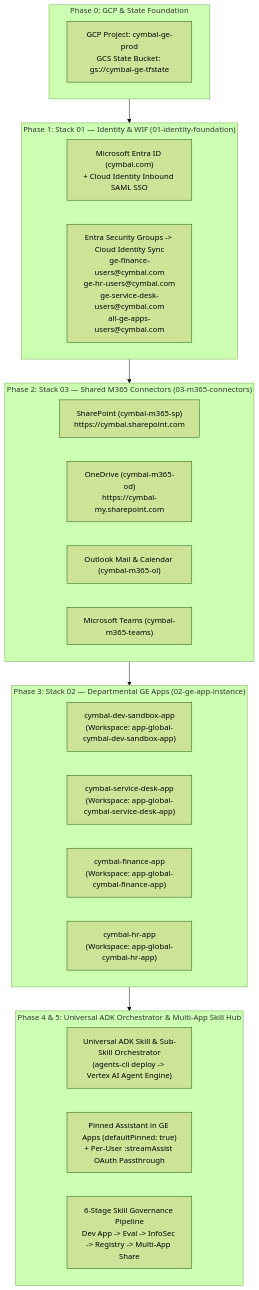
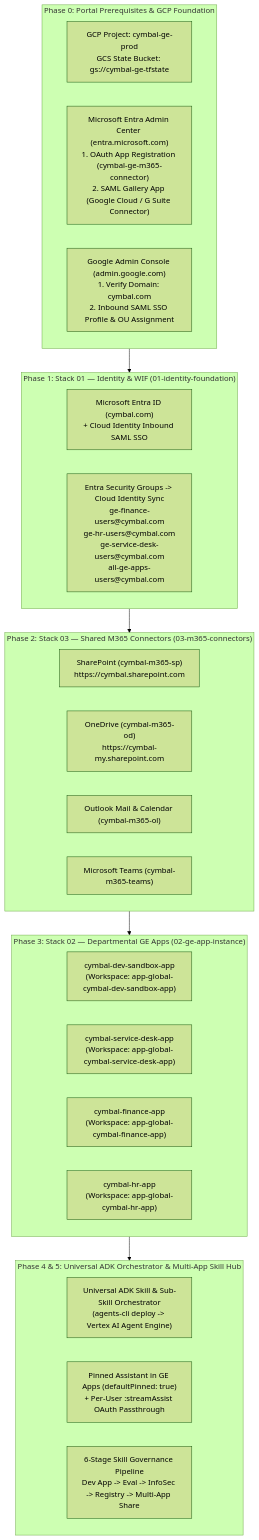
Before and after one commit to mohanrajs-ai/ge-apphub: the first of 2 diagrams in docs/CYMBAL_ONBOARDING_GUIDE.md, drawn with Mermaid (forest theme). The commit also changed other lines of this file, not shown here.

Commit message:
docs: add Entra ID and admin.google.com setup to Cymbal onboarding guide

````diff
--- a/docs/CYMBAL_ONBOARDING_GUIDE.md
+++ b/docs/CYMBAL_ONBOARDING_GUIDE.md
@@ -9,33 +9,35 @@
 ```mermaid
 flowchart TD
-    subgraph P0["Phase 0: GCP & State Foundation"]
+    subgraph P0["Phase 0: Portal Prerequisites & GCP Foundation"]
         B0["GCP Project: cymbal-ge-prod<br/>GCS State Bucket: gs://cymbal-ge-tfstate"]
+        E0["Microsoft Entra Admin Center (entra.microsoft.com)<br/>1. OAuth App Registration (cymbal-ge-m365-connector)<br/>2. SAML Gallery App (Google Cloud / G Suite Connector)"]
+        G0["Google Admin Console (admin.google.com)<br/>1. Verify Domain: cymbal.com<br/>2. Inbound SAML SSO Profile & OU Assignment"]
     end
 
     subgraph P1["Phase 1: Stack 01 — Identity & WIF (01-identity-foundation)"]
         ID1["Microsoft Entra ID (cymbal.com)<br/>+ Cloud Identity Inbound SAML SSO"]
         ID2["Entra Security Groups -> Cloud Identity Sync<br/>ge-finance-users@cymbal.com<br/>ge-hr-users@cymbal.com<br/>ge-service-desk-users@cymbal.com<br/>all-ge-apps-users@cymbal.com"]
     end
 
     subgraph P2["Phase 2: Stack 03 — Shared M365 Connectors (03-m365-connectors)"]
         M1["SharePoint (cymbal-m365-sp)<br/>https://cymbal.sharepoint.com"]
         M2["OneDrive (cymbal-m365-od)<br/>https://cymbal-my.sharepoint.com"]
         M3["Outlook Mail & Calendar (cymbal-m365-ol)"]
         M4["Microsoft Teams (cymbal-m365-teams)"]
     end
 
     subgraph P3["Phase 3: Stack 02 — Departmental GE Apps (02-ge-app-instance)"]
         A1["cymbal-dev-sandbox-app<br/>(Workspace: app-global-cymbal-dev-sandbox-app)"]
         A2["cymbal-service-desk-app<br/>(Workspace: app-global-cymbal-service-desk-app)"]
         A3["cymbal-finance-app<br/>(Workspace: app-global-cymbal-finance-app)"]
         A4["cymbal-hr-app<br/>(Workspace: app-global-cymbal-hr-app)"]
     end
 
     subgraph P4["Phase 4 & 5: Universal ADK Orchestrator & Multi-App Skill Hub"]
         O1["Universal ADK Skill & Sub-Skill Orchestrator<br/>(agents-cli deploy -> Vertex AI Agent Engine)"]
         O2["Pinned Assistant in GE Apps (defaultPinned: true)<br/>+ Per-User :streamAssist OAuth Passthrough"]
         O3["6-Stage Skill Governance Pipeline<br/>Dev App -> Eval -> InfoSec -> Registry -> Multi-App Share"]
     end
 
     P0 --> P1 --> P2 --> P3 --> P4
 ```
````
